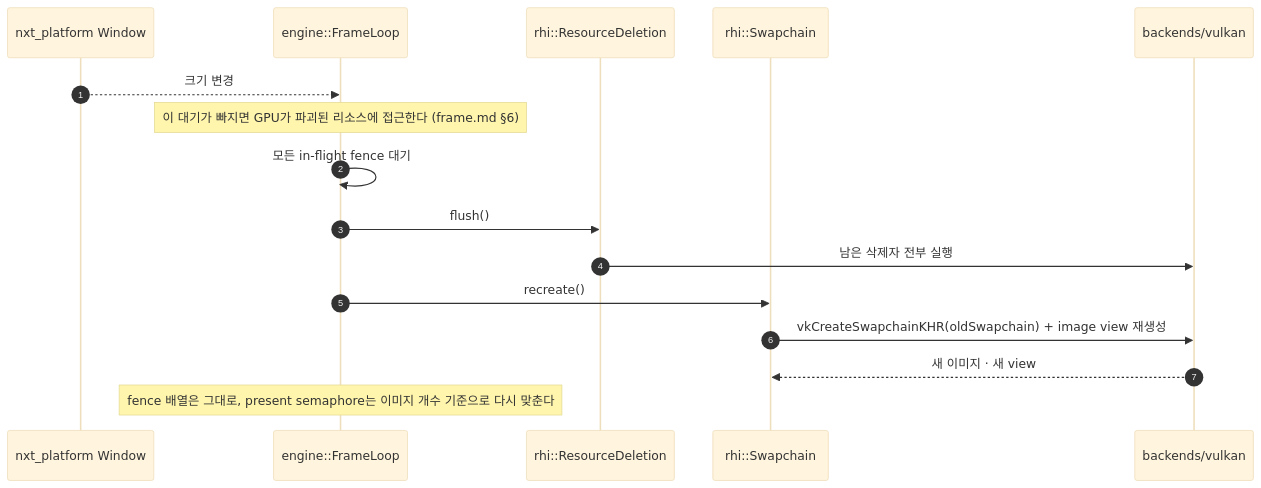
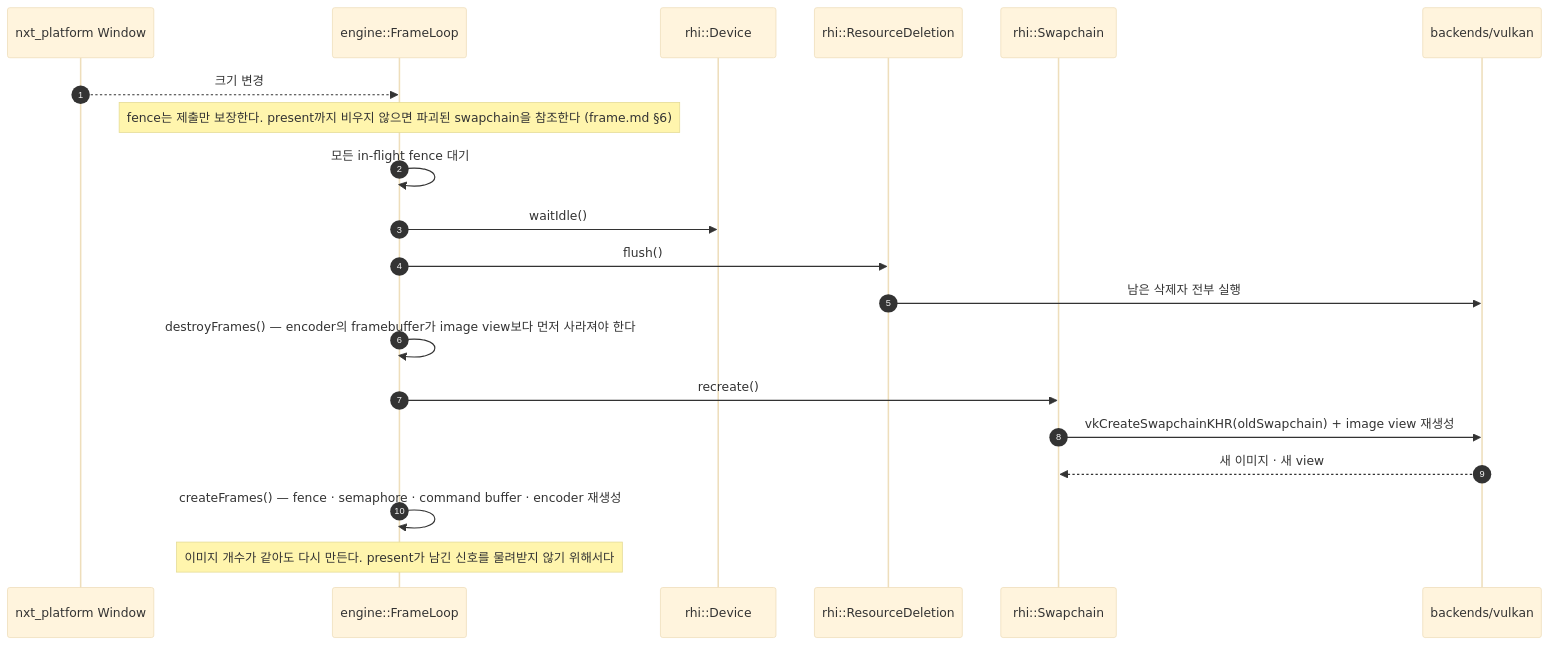
One commit to shoenkh15324/NXT-Engine changed the sixth of 6 diagrams in docs/roadmap/phase0.md. Above: the diagram before and after it, drawn with Mermaid (base theme). The commit also changed other lines of this file and 2 other files, not shown here.

First line of the commit message:
docs(roadmap): record a7 verification results

````diff
--- a/docs/roadmap/phase0.md
+++ b/docs/roadmap/phase0.md
@@ -257,19 +257,23 @@
 ```mermaid
 sequenceDiagram
     autonumber
     participant W as nxt_platform Window
     participant L as engine::FrameLoop
+    participant Dev as rhi::Device
     participant RD as rhi::ResourceDeletion
     participant S as rhi::Swapchain
     participant V as backends/vulkan
 
     W-->>L: 크기 변경
-    Note over L: 이 대기가 빠지면 GPU가 파괴된 리소스에 접근한다 (frame.md §6)
+    Note over L: fence는 제출만 보장한다. present까지 비우지 않으면 파괴된 swapchain을 참조한다 (frame.md §6)
     L->>L: 모든 in-flight fence 대기
+    L->>Dev: waitIdle()
     L->>RD: flush()
     RD->>V: 남은 삭제자 전부 실행
+    L->>L: destroyFrames() — encoder의 framebuffer가 image view보다 먼저 사라져야 한다
     L->>S: recreate()
     S->>V: vkCreateSwapchainKHR(oldSwapchain) + image view 재생성
     V-->>S: 새 이미지 · 새 view
-    Note over L: fence 배열은 그대로, present semaphore는 이미지 개수 기준으로 다시 맞춘다
+    L->>L: createFrames() — fence · semaphore · command buffer · encoder 재생성
+    Note over L: 이미지 개수가 같아도 다시 만든다. present가 남긴 신호를 물려받지 않기 위해서다
 ```
````
